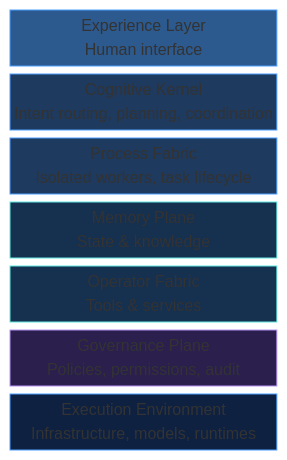
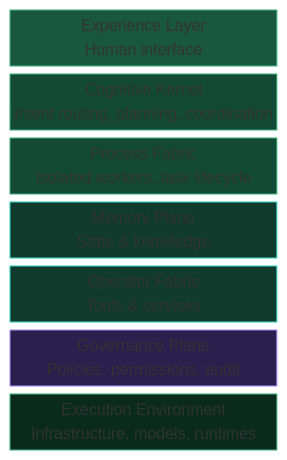
Before and after one commit to marcelaldecoa/TheAgenticOS: the diagram in src/part-2-the-agentic-os-model/07-core-layers.md, drawn with Mermaid. The commit also changed 28 other files, not shown here.

Commit message:
Review patterns, images and diagrams.

````diff
--- a/src/part-2-the-agentic-os-model/07-core-layers.md
+++ b/src/part-2-the-agentic-os-model/07-core-layers.md
@@ -7,21 +7,21 @@
 ```mermaid
 block-beta
   columns 1
   EL["Experience Layer\nHuman interface"]
   CK["Cognitive Kernel\nIntent routing, planning, coordination"]
   PF["Process Fabric\nIsolated workers, task lifecycle"]
   columns 2
   MP["Memory Plane\nState & knowledge"]
   OF["Operator Fabric\nTools & services"]
   columns 1
   GP["Governance Plane\nPolicies, permissions, audit"]
   EE["Execution Environment\nInfrastructure, models, runtimes"]
 
-  style EL fill:#2d5a8e,stroke:#4a9eff,color:#e8f0fe
-  style CK fill:#1e3a5f,stroke:#4a9eff,color:#e8f0fe
-  style PF fill:#1e3a5f,stroke:#4a9eff,color:#e8f0fe
-  style MP fill:#163050,stroke:#5ee7df,color:#e8f0fe
-  style OF fill:#163050,stroke:#5ee7df,color:#e8f0fe
-  style GP fill:#2b1f4e,stroke:#b794f6,color:#e8f0fe
-  style EE fill:#0f2140,stroke:#4a9eff,color:#7a9ec2
+  style EL fill:#1a5740,stroke:#3aaf7a,color:#e0f5ec
+  style CK fill:#134a36,stroke:#3aaf7a,color:#e0f5ec
+  style PF fill:#134a36,stroke:#3aaf7a,color:#e0f5ec
+  style MP fill:#0f3a2c,stroke:#2dd4bf,color:#e0f5ec
+  style OF fill:#0f3a2c,stroke:#2dd4bf,color:#e0f5ec
+  style GP fill:#2b1f4e,stroke:#a78bfa,color:#e0f5ec
+  style EE fill:#0a2a1e,stroke:#3aaf7a,color:#7abfa8
 ```
````
